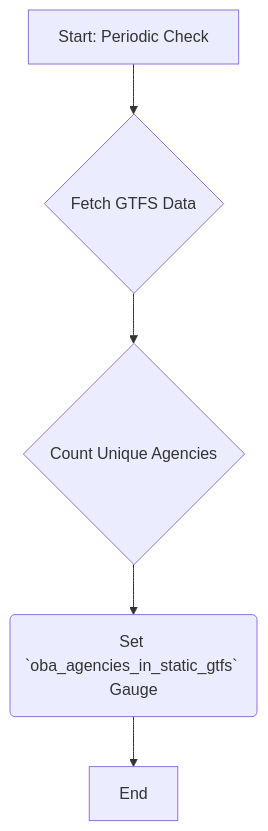
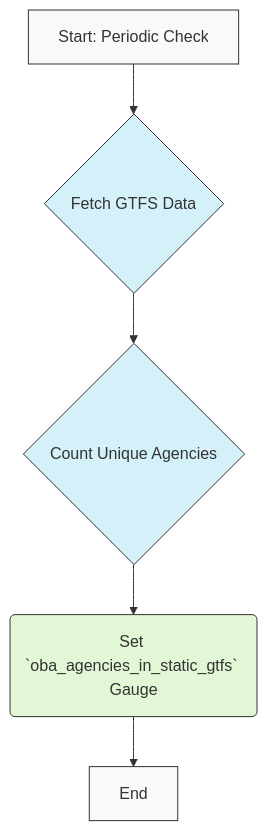
Before and after one commit to OneBusAway/watchdog: the third of 11 diagrams in internal/metrics/metrics-reference.md, drawn with Mermaid. The commit also changed other lines of this file, not shown here.

````diff
--- a/internal/metrics/metrics-reference.md
+++ b/internal/metrics/metrics-reference.md
@@ -81,7 +167,15 @@
 ```mermaid
 graph TD
+    classDef process fill:#d4f1f9,stroke:#333,stroke-width:1px;
+    classDef data fill:#f9f9f9,stroke:#333,stroke-width:1px;
+    classDef output fill:#e1f7d5,stroke:#333,stroke-width:1px;
+
     A[Start: Periodic Check] --> B{Fetch GTFS Data};
     B --> C{Count Unique Agencies};
     C --> D(Set `oba_agencies_in_static_gtfs` Gauge);
     D --> E[End];
+
+    class A,E data;
+    class B,C process;
+    class D output;
 ```
````
